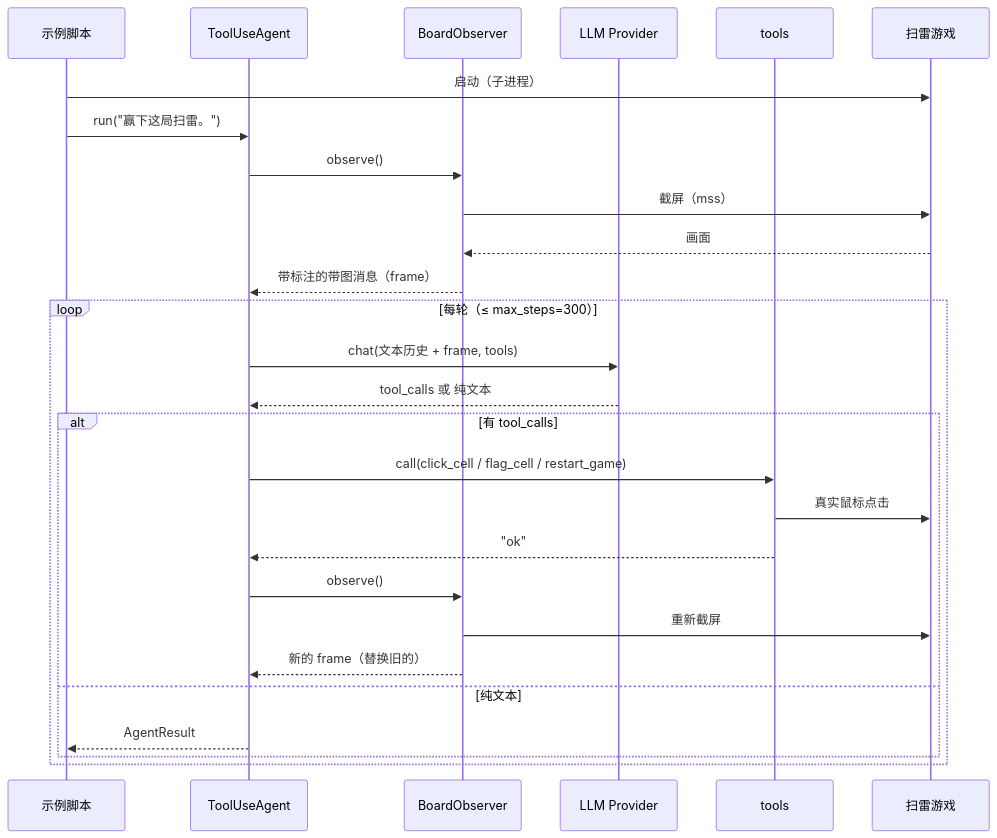
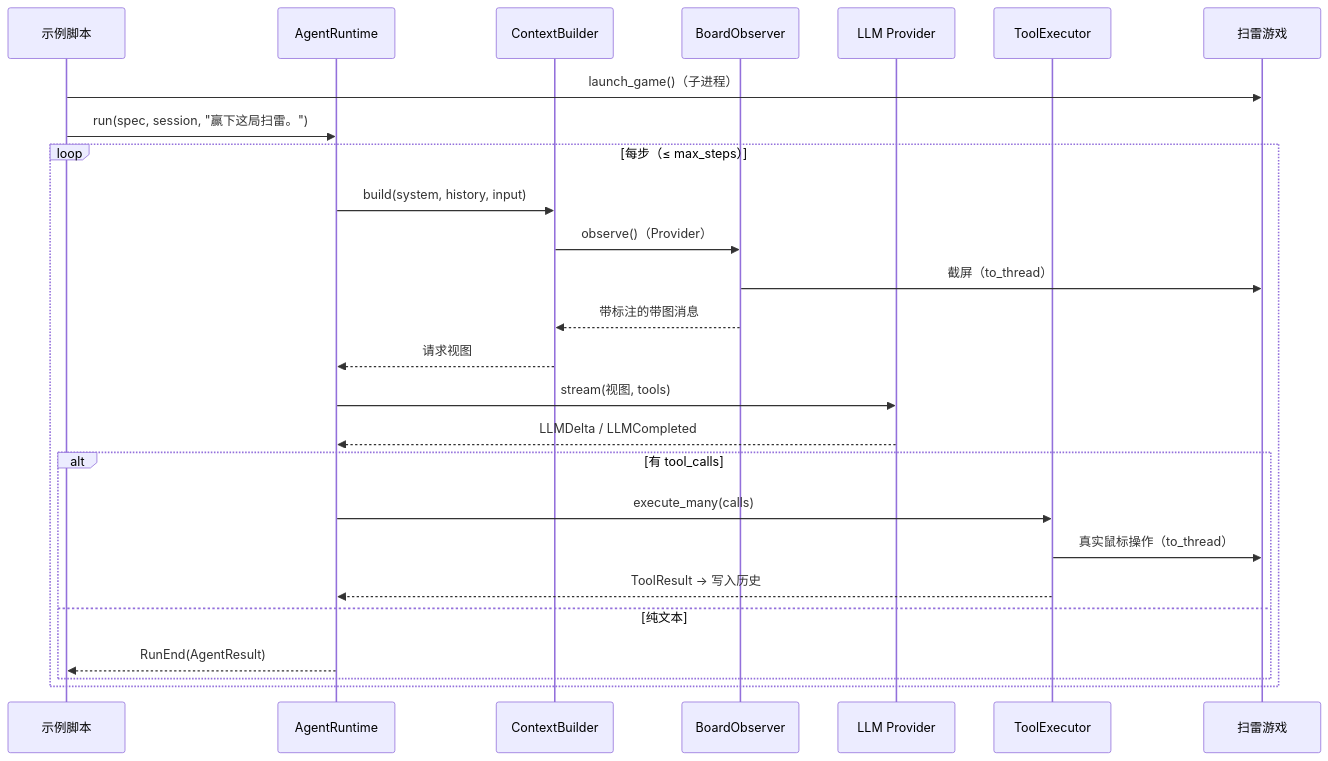
One commit to bluesky1024/fm_agent_frame changed the third of 3 diagrams in docs/minesweeper-agent-flow.md. Above: the diagram before and after it, drawn with Mermaid. The commit also changed other lines of this file and 12 other files, not shown here.

````diff
--- a/docs/minesweeper-agent-flow.md
+++ b/docs/minesweeper-agent-flow.md
@@ -97,30 +69,29 @@
 ```mermaid
 sequenceDiagram
     participant EX as 示例脚本
-    participant AG as ToolUseAgent
+    participant RT as AgentRuntime
+    participant CTX as ContextBuilder
     participant OB as BoardObserver
     participant LLM as LLM Provider
-    participant TL as tools
+    participant TL as ToolExecutor
     participant GM as 扫雷游戏
 
-    EX->>GM: 启动（子进程）
-    EX->>AG: run("赢下这局扫雷。")
-    AG->>OB: observe()
-    OB->>GM: 截屏（mss）
-    GM-->>OB: 画面
-    OB-->>AG: 带标注的带图消息（frame）
-    loop 每轮（≤ max_steps=300）
-        AG->>LLM: chat(文本历史 + frame, tools)
-        LLM-->>AG: tool_calls 或 纯文本
+    EX->>GM: launch_game()（子进程）
+    EX->>RT: run(spec, session, "赢下这局扫雷。")
+    loop 每步（≤ max_steps）
+        RT->>CTX: build(system, history, input)
+        CTX->>OB: observe()（Provider）
+        OB->>GM: 截屏（to_thread）
+        OB-->>CTX: 带标注的带图消息
+        CTX-->>RT: 请求视图
+        RT->>LLM: stream(视图, tools)
+        LLM-->>RT: LLMDelta / LLMCompleted
         alt 有 tool_calls
-            AG->>TL: call(click_cell / flag_cell / restart_game)
-            TL->>GM: 真实鼠标点击
-            TL-->>AG: "ok"
-            AG->>OB: observe()
-            OB->>GM: 重新截屏
-            OB-->>AG: 新的 frame（替换旧的）
+            RT->>TL: execute_many(calls)
+            TL->>GM: 真实鼠标操作（to_thread）
+            TL-->>RT: ToolResult → 写入历史
         else 纯文本
-            AG-->>EX: AgentResult
+            RT-->>EX: RunEnd(AgentResult)
         end
     end
 ```
````
